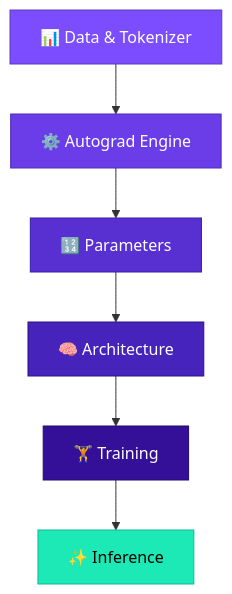
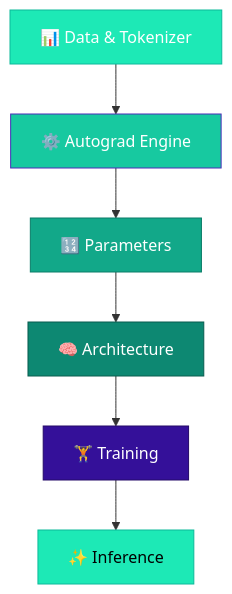
Before and after one commit to iamkhalid2/microgpt-course: the second of 2 diagrams in docs/00-the-big-picture/01-the-200-line-map.md, drawn with Mermaid. The commit also changed other lines of this file and 23 other files, not shown here.

````diff
--- a/docs/00-the-big-picture/01-the-200-line-map.md
+++ b/docs/00-the-big-picture/01-the-200-line-map.md
@@ -189,15 +189,15 @@
 ```mermaid
 flowchart TD
     A["📊 Data & Tokenizer"] --> B["⚙️ Autograd Engine"]
     B --> C["🔢 Parameters"]
     C --> D["🧠 Architecture"]
     D --> E["🏋️ Training"]
     E --> F["✨ Inference"]
 
-    style A fill:#7c4dff,stroke:#5c3cbf,color:#fff
-    style B fill:#6a3de8,stroke:#4a2db8,color:#fff
-    style C fill:#5830d1,stroke:#3820a1,color:#fff
-    style D fill:#4623ba,stroke:#26138a,color:#fff
+    style A fill:#1de9b6,stroke:#0db99a,color:#fff
+    style B fill:#17c9a0,stroke:#4a2db8,color:#fff
+    style C fill:#12a889,stroke:#0a7d68,color:#fff
+    style D fill:#0d8872,stroke:#085c4e,color:#fff
     style E fill:#341099,stroke:#240a69,color:#fff
     style F fill:#1de9b6,stroke:#0db99a,color:#000
 ```
````
